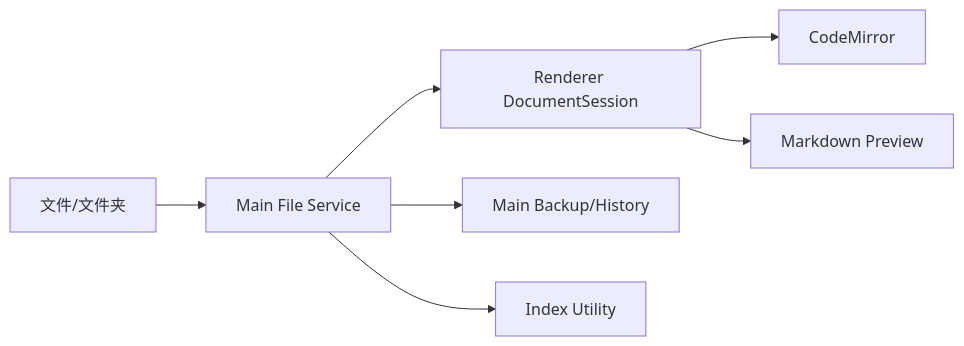
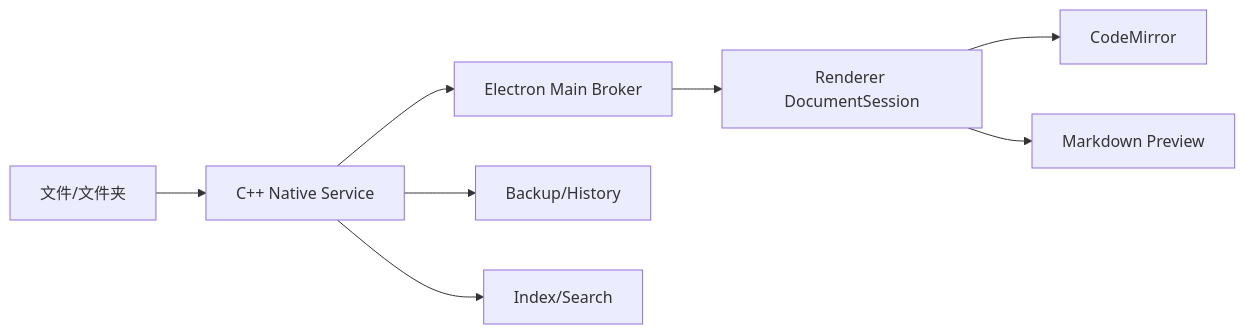
One commit to FormingSystem/linux_note changed the diagram in tools/practice_tool/docs/architecture/engineering/project_structure_and_module_boundaries.md. Above: the diagram before and after it, drawn with Mermaid. The commit also changed other lines of this file and 47 other files, not shown here.

````diff
--- a/tools/practice_tool/docs/architecture/engineering/project_structure_and_module_boundaries.md
+++ b/tools/practice_tool/docs/architecture/engineering/project_structure_and_module_boundaries.md
@@ -20,9 +20,10 @@
 ```mermaid
 flowchart LR
-    OS[文件/文件夹] --> FS[Main File Service]
-    FS --> SESSION[Renderer DocumentSession]
+    OS[文件/文件夹] --> NATIVE[C++ Native Service]
+    NATIVE --> MAIN[Electron Main Broker]
+    MAIN --> SESSION[Renderer DocumentSession]
     SESSION --> EDITOR[CodeMirror]
     SESSION --> PREVIEW[Markdown Preview]
-    FS --> BACKUP[Main Backup/History]
-    FS --> INDEX[Index Utility]
+    NATIVE --> BACKUP[Backup/History]
+    NATIVE --> INDEX[Index/Search]
 ```
````
